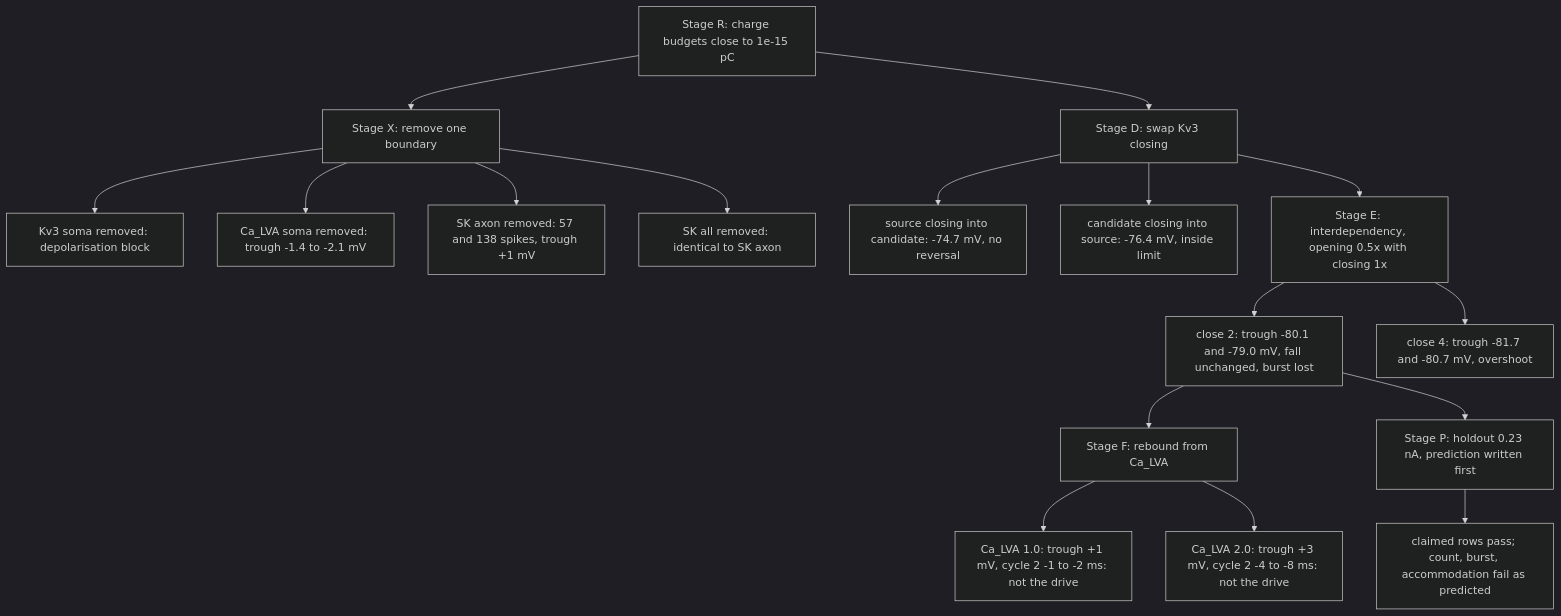
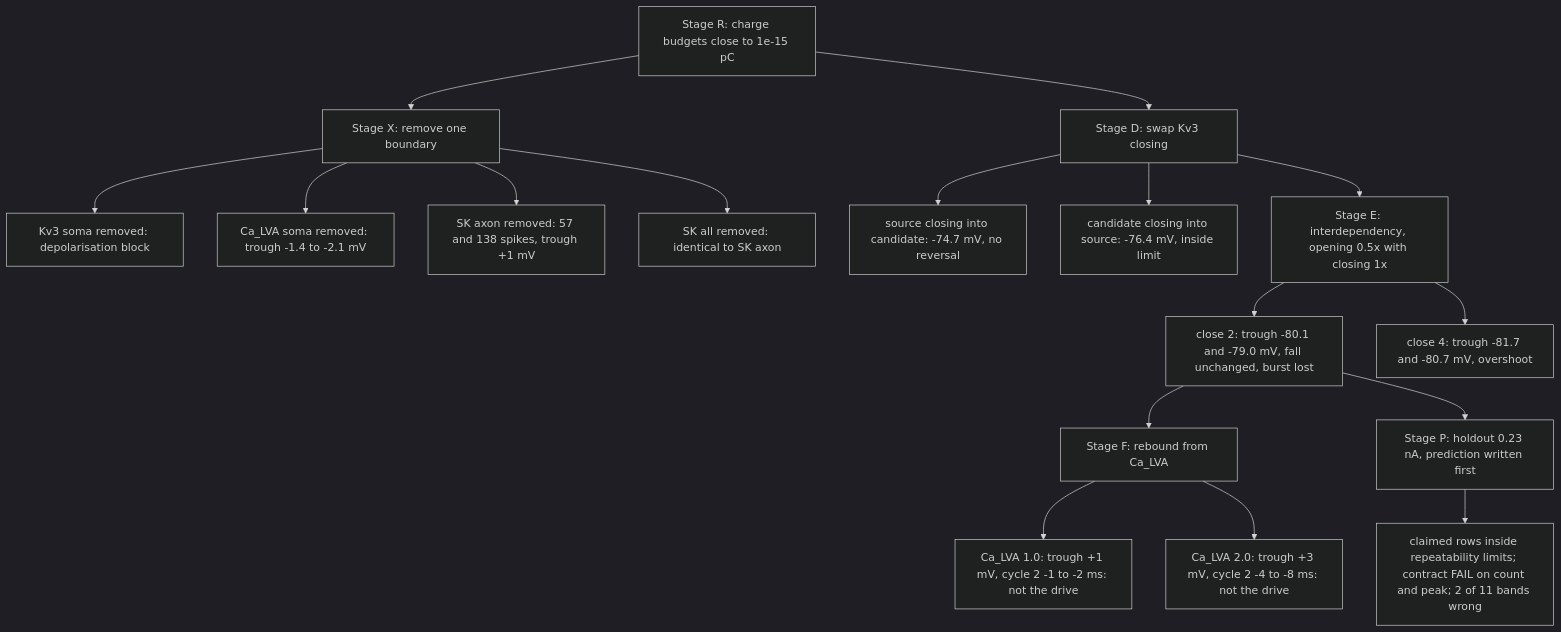
One commit to mithridatic/braintrace changed the diagram in docs/evidence/h01-i-energetic-result.md. Above: the diagram before and after it, drawn with Mermaid (dark theme). The commit also changed other lines of this file and 7 other files, not shown here.

````diff
--- a/docs/evidence/h01-i-energetic-result.md
+++ b/docs/evidence/h01-i-energetic-result.md
@@ -15,19 +19,19 @@
 ```mermaid
 flowchart TD
     R[Stage R: charge budgets close to 1e-15 pC] --> X[Stage X: remove one boundary]
     X --> X1[Kv3 soma removed: depolarisation block]
     X --> X2[Ca_LVA soma removed: trough -1.4 to -2.1 mV]
     X --> X3[SK axon removed: 57 and 138 spikes, trough +1 mV]
     X --> X4[SK all removed: identical to SK axon]
     R --> D[Stage D: swap Kv3 closing]
     D --> D1[source closing into candidate: -74.7 mV, no reversal]
     D --> D2[candidate closing into source: -76.4 mV, inside limit]
     D --> E[Stage E: interdependency, opening 0.5x with closing 1x]
     E --> E1[close 2: trough -80.1 and -79.0 mV, fall unchanged, burst lost]
     E --> E2[close 4: trough -81.7 and -80.7 mV, overshoot]
     E1 --> F[Stage F: rebound from Ca_LVA]
     F --> F1[Ca_LVA 1.0: trough +1 mV, cycle 2 -1 to -2 ms: not the drive]
     F --> F2[Ca_LVA 2.0: trough +3 mV, cycle 2 -4 to -8 ms: not the drive]
     E1 --> P[Stage P: holdout 0.23 nA, prediction written first]
-    P --> P1[claimed rows pass; count, burst, accommodation fail as predicted]
+    P --> P1[claimed rows inside repeatability limits; contract FAIL on count and peak; 2 of 11 bands wrong]
 ```
````
